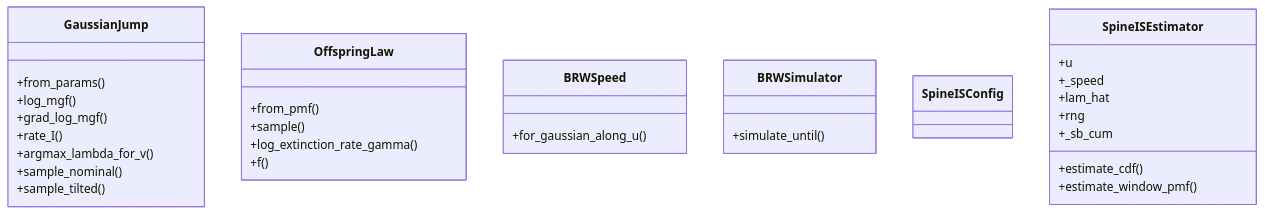
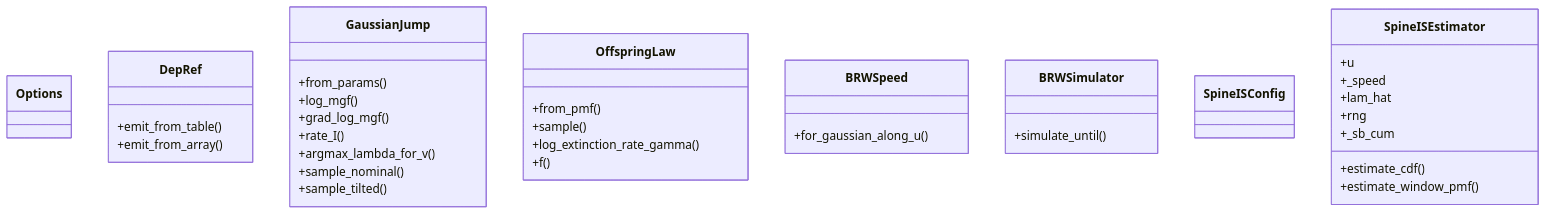
The diagram in docs/architecture/class-diagram.mmd (DiogoRibeiro7/brw-fpt), drawn with Mermaid before and after one commit. The commit also changed 7 other files, not shown here.

Commit message:
docs: Update architecture diagrams [skip ci]

```diff
--- a/docs/architecture/class-diagram.mmd
+++ b/docs/architecture/class-diagram.mmd
@@ -1,38 +1,46 @@
 classDiagram
+  class Options {
+  }
+
+  class DepRef {
+    +emit_from_table()
+    +emit_from_array()
+  }
+
   class GaussianJump {
     +from_params()
     +log_mgf()
     +grad_log_mgf()
     +rate_I()
     +argmax_lambda_for_v()
     +sample_nominal()
     +sample_tilted()
   }
 
   class OffspringLaw {
     +from_pmf()
     +sample()
     +log_extinction_rate_gamma()
     +f()
   }
 
   class BRWSpeed {
     +for_gaussian_along_u()
   }
 
   class BRWSimulator {
     +simulate_until()
   }
 
   class SpineISConfig {
   }
 
   class SpineISEstimator {
     +u
     +_speed
     +lam_hat
     +rng
     +_sb_cum
     +estimate_cdf()
     +estimate_window_pmf()
   }
```
